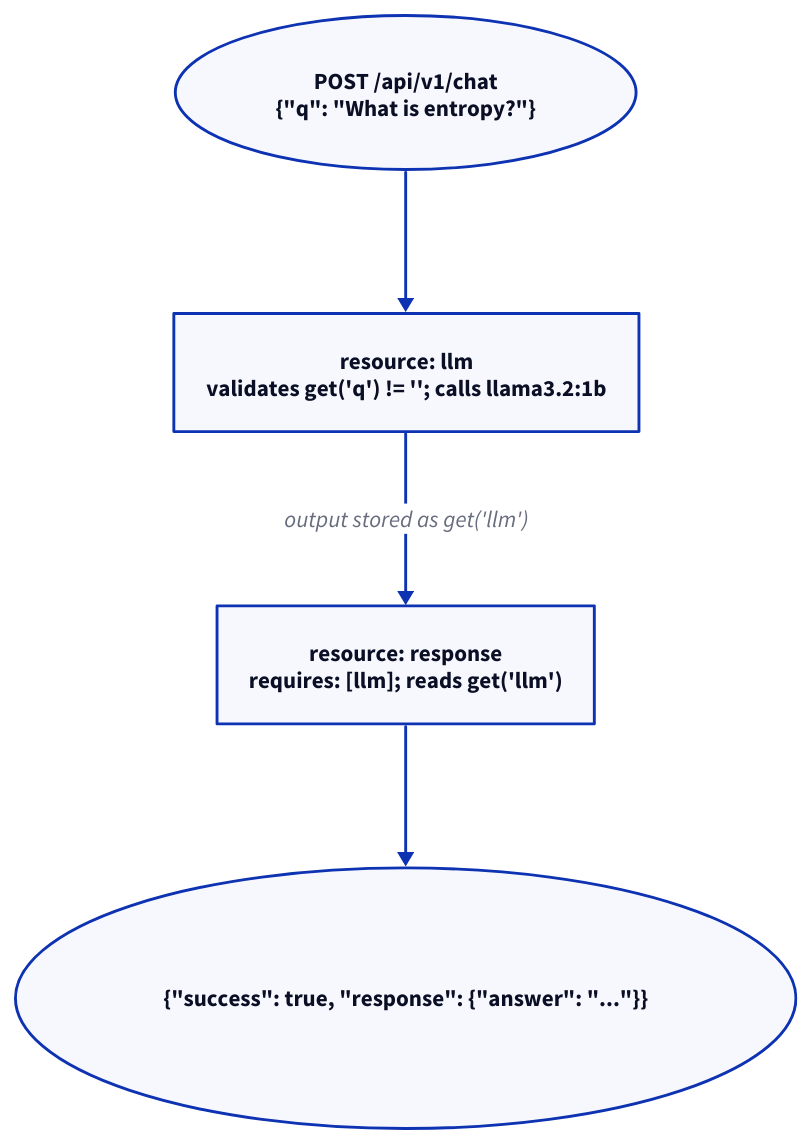
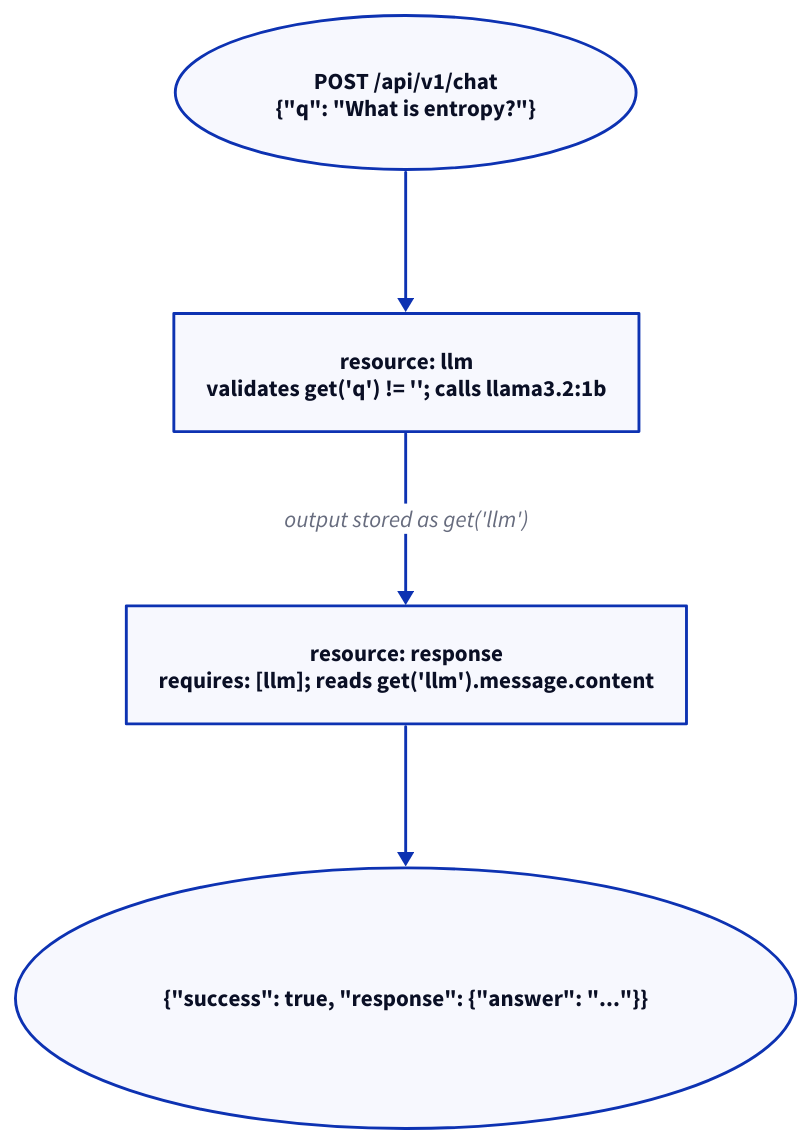
The diagram in docs/v2/getting-started/quickstart.md (kdeps/kdeps), drawn with D2 before and after one commit. The commit also changed other lines of this file and 17 other files, not shown here.

````diff
--- a/docs/v2/getting-started/quickstart.md
+++ b/docs/v2/getting-started/quickstart.md
@@ -133,12 +134,12 @@
 ```d2
 direction: down
 
 A: "POST /api/v1/chat\n{\"q\": \"What is entropy?\"}" {shape: oval}
 B: "resource: llm\nvalidates get('q') != ''; calls llama3.2:1b"
-C: "resource: response\nrequires: [llm]; reads get('llm')"
+C: "resource: response\nrequires: [llm]; reads get('llm').message.content"
 D: "{\"success\": true, \"response\": {\"answer\": \"...\"}}" {shape: oval}
 
 A -> B
 B -> C: "output stored as get('llm')"
 C -> D
 ```
````
